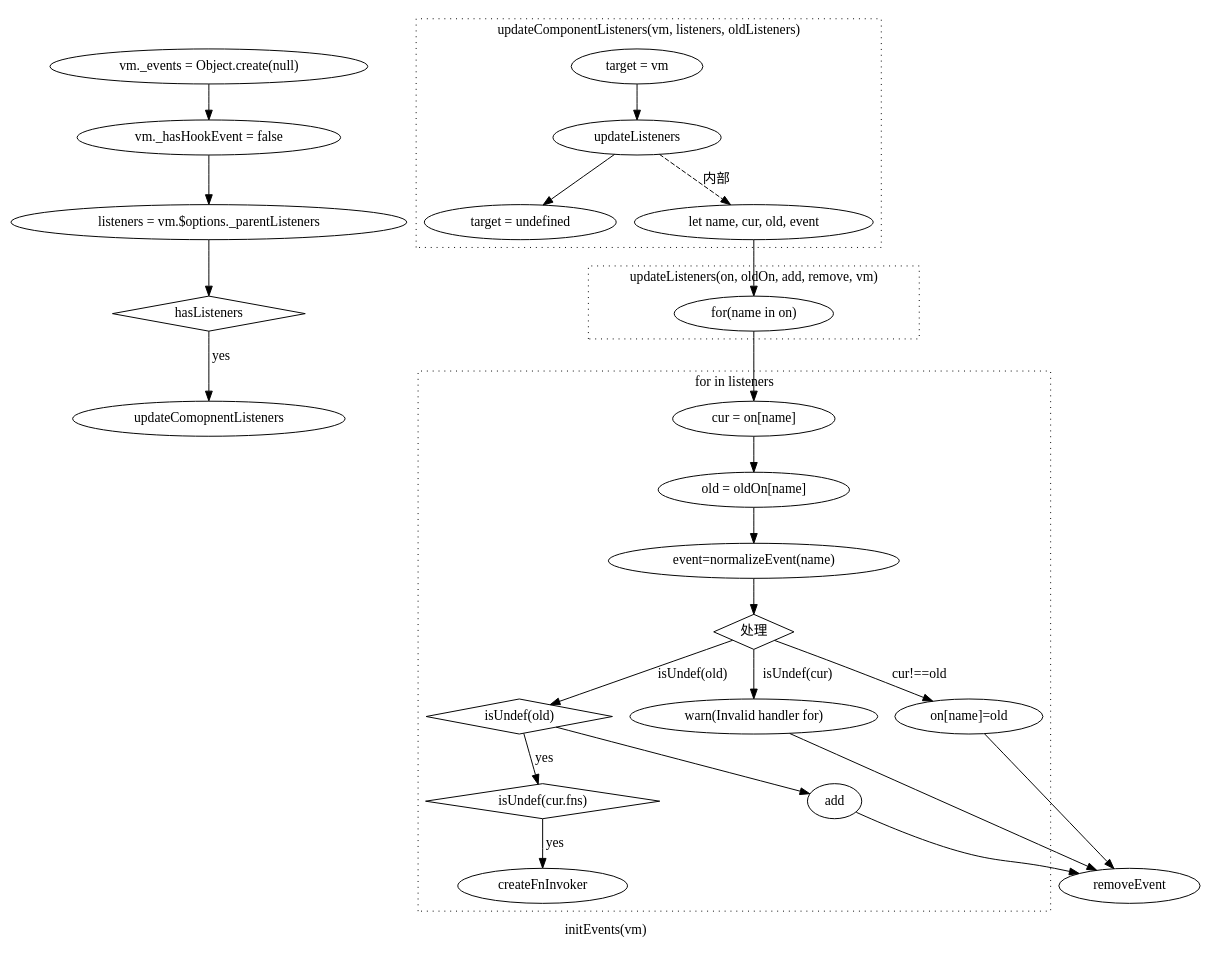
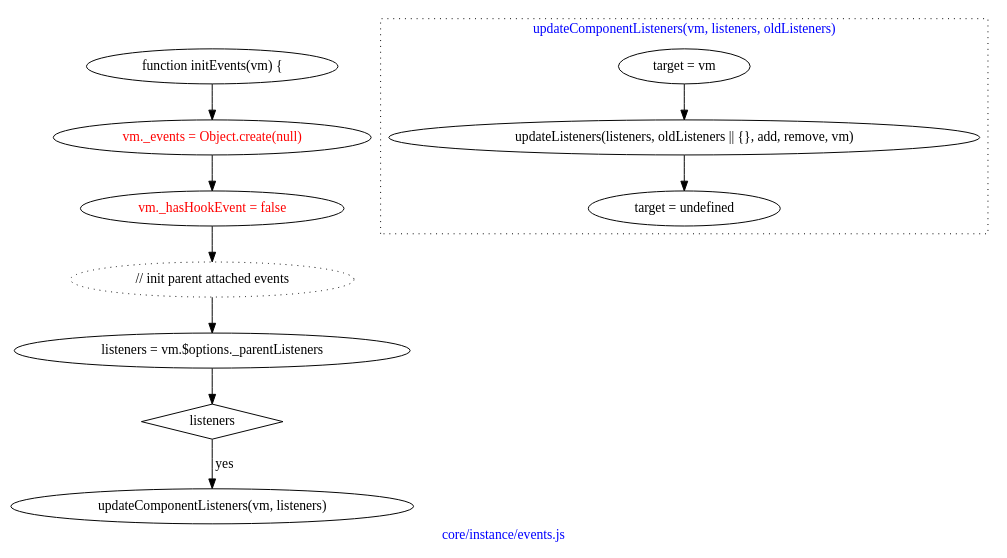
One commit to ltaoo/vueSourceAnalysis changed the diagram in initEvents.gv. Above: the diagram before and after it, drawn with Graphviz. The commit also changed 17 other files, not shown here.

```diff
--- a/initEvents.gv
+++ b/initEvents.gv
@@ -1,116 +1,57 @@
 digraph G {
-    // 画图方向
-    // rankdir=LR;
-    label="initEvents(vm)"
-
+    graph [
+        label="core/instance/events.js"
+        fontcolor=blue
+    ]
+    start [
+        label="function initEvents(vm) {"
+    ]
     setEvents [
         label="vm._events = Object.create(null)"
+        fontcolor=red
     ]
-
+    start -> setEvents
     setHasHookEvent [
         label="vm._hasHookEvent = false"
+        fontcolor=red
     ]
-
     setEvents -> setHasHookEvent
-
+    comment [
+        label="// init parent attached events"
+        style=dotted
+    ]
+    setHasHookEvent -> comment
     getListeners [
         label="listeners = vm.$options._parentListeners"
     ]
-
-    setHasHookEvent -> getListeners
-
+    comment -> getListeners
     hasListeners [
+        label="listeners"
         shape=diamond
     ]
-
     getListeners -> hasListeners
+    updateComopnentListeners [
+        label="updateComponentListeners(vm, listeners)"
+    ]
     hasListeners -> updateComopnentListeners [label="yes"]
 
-
     subgraph cluster_updateComponentListeners {
-        graph[style=dotted]
-
-        label="updateComponentListeners(vm, listeners, oldListeners)"
+        graph[
+            label="updateComponentListeners(vm, listeners, oldListeners)"
+            style=dotted
+        ]
 
         setTarget [
             label="target = vm"
         ]
-
+        updateListeners [
+            label="updateListeners(listeners, oldListeners || {}, add, remove, vm)"
+        ]
         setTarget -> updateListeners 
 
         resetTarget [
             label="target = undefined"
         ]
-
         updateListeners -> resetTarget
-
-        updateListeners -> initVar [label="内部" style=dashed]
     }
-    subgraph cluster__updateListeners {
-        graph[style=dotted]
-
-        label="updateListeners(on, oldOn, add, remove, vm)"
-        initVar [
-            label="let name, cur, old, event"
-        ]
-
-        forInOn [
-            label="for(name in on)"
-        ]
-
-        initVar -> forInOn
-    }
-    subgraph cluster__for {
-        label="for in listeners"
-        graph[style=dotted]
-
-        getCurrentEvent [
-            label="cur = on[name]"
-        ]
-
-        forInOn -> getCurrentEvent
-        getOldEvent [
-            label="old = oldOn[name]"
-        ]
-
-        getCurrentEvent -> getOldEvent
-
-        normalizeEvent [
-            label="event=normalizeEvent(name)"
-        ]
-
-        getOldEvent -> normalizeEvent
-
-        curIsUndef [
-            shape=diamond
-            label="处理"
-        ]
-
-        normalizeEvent -> curIsUndef
-
-        throwError [
-            label="warn(Invalid handler for)"
-        ]
-        curIsUndef -> throwError [label="isUndef(cur)"]
-        oldIsUndef [
-            shape=diamond
-            label="isUndef(old)"
-        ]
-        curIsUndef -> oldIsUndef [label="isUndef(old)"]
-        curFnsIsUndef [
-            shape=diamond
-            label="isUndef(cur.fns)"
-        ]
-        oldIsUndef -> curFnsIsUndef [label="yes"]
-        curFnsIsUndef -> createFnInvoker [label="yes"]
-        oldIsUndef -> add
-        setEvent [
-            label="on[name]=old"
-        ]
-        curIsUndef -> setEvent [label="cur!==old"]
-    }
-
-    throwError -> removeEvent
-    add -> removeEvent
-    setEvent -> removeEvent
 }
```
